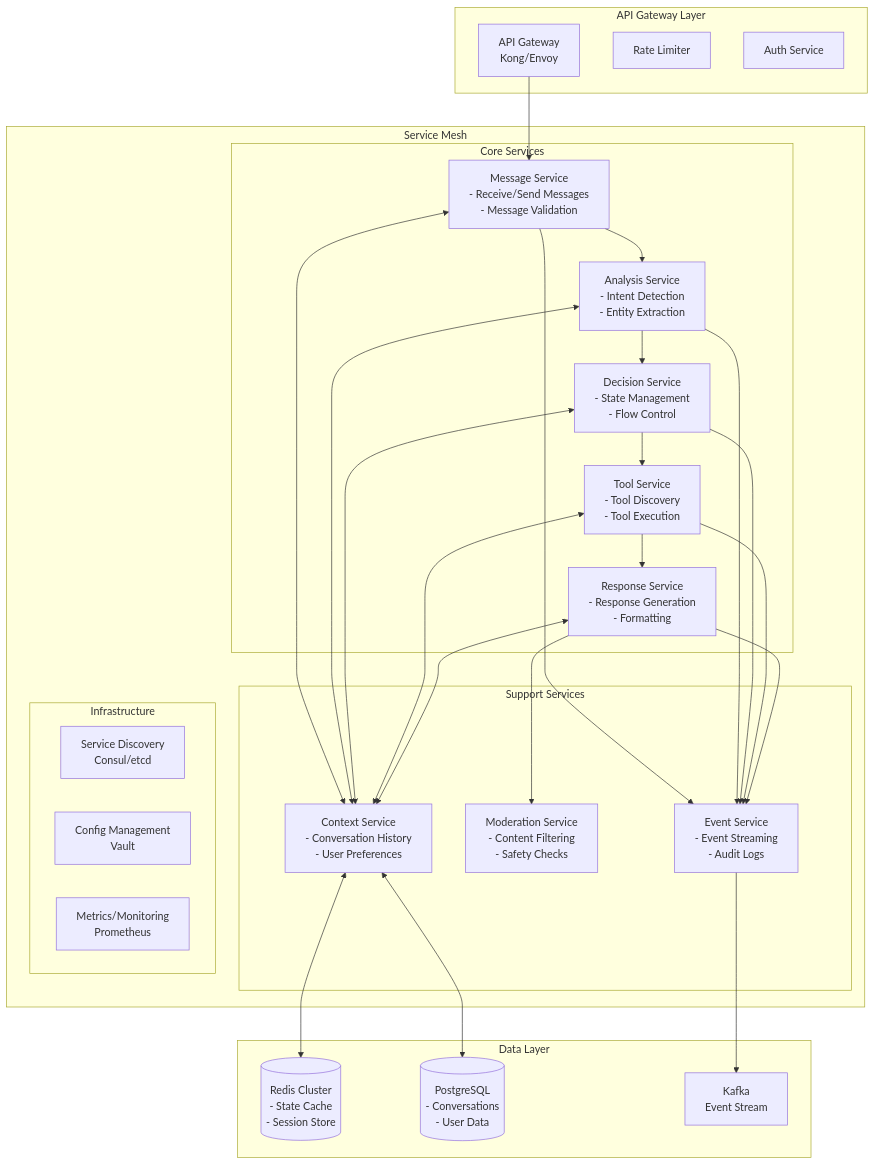
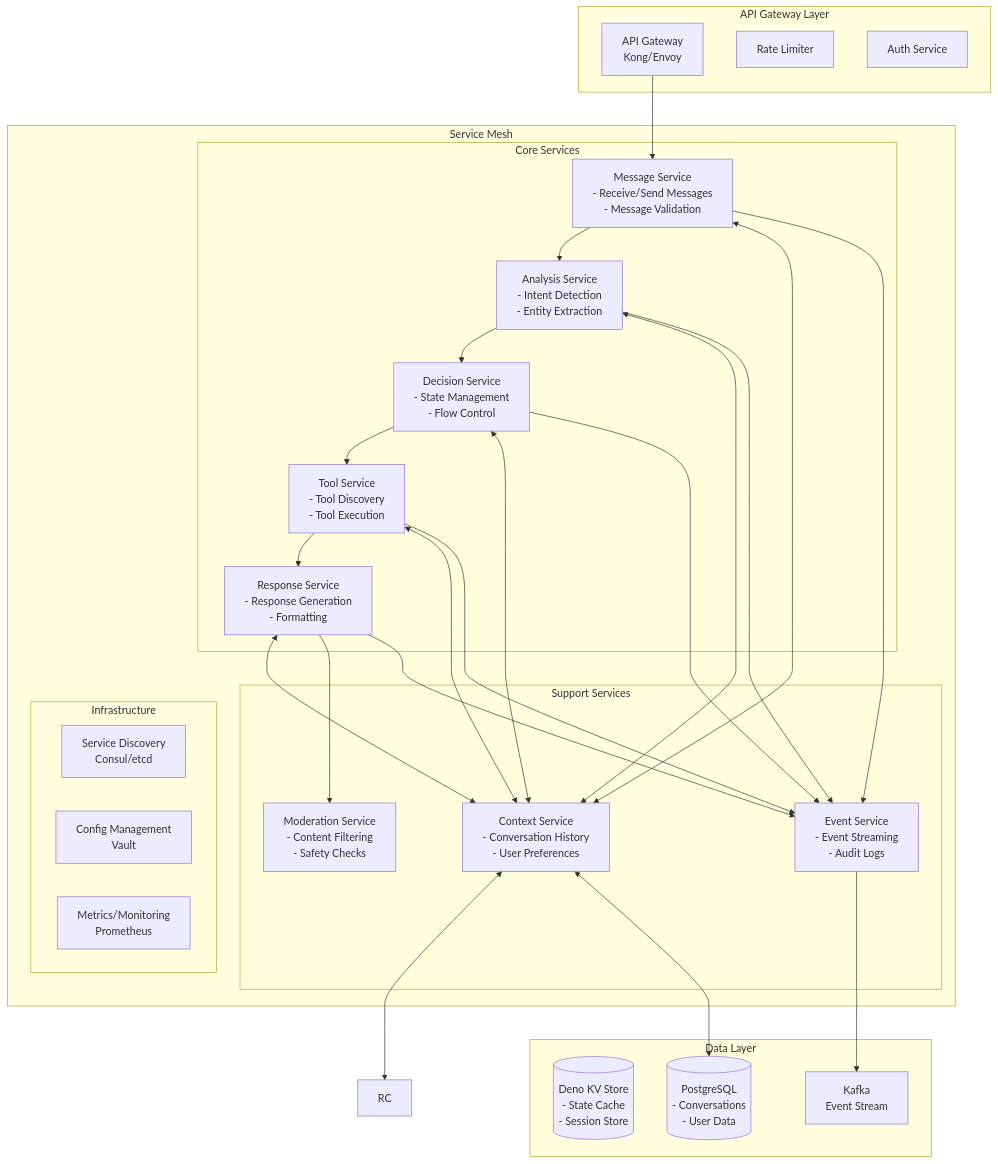
Before and after one commit to ubiquity-os/telegram-interface: the first of 3 diagrams in docs/optimization-plan-architecture-reliability.md, drawn with Mermaid. The commit also changed other lines of this file and 6 other files, not shown here.

Commit message:
feat: replace Redis with Deno KV for state persistence and update related components, also on demand llm race

````diff
--- a/docs/optimization-plan-architecture-reliability.md
+++ b/docs/optimization-plan-architecture-reliability.md
@@ -65,44 +65,44 @@
 ```mermaid
 graph TB
     subgraph "API Gateway Layer"
         AG[API Gateway<br/>Kong/Envoy]
         RL[Rate Limiter]
         AUTH[Auth Service]
     end
 
     subgraph "Service Mesh"
         subgraph "Core Services"
             MS[Message Service<br/>- Receive/Send Messages<br/>- Message Validation]
             AS[Analysis Service<br/>- Intent Detection<br/>- Entity Extraction]
             DS[Decision Service<br/>- State Management<br/>- Flow Control]
             TS[Tool Service<br/>- Tool Discovery<br/>- Tool Execution]
             RS[Response Service<br/>- Response Generation<br/>- Formatting]
         end
 
         subgraph "Support Services"
             CS[Context Service<br/>- Conversation History<br/>- User Preferences]
             MS2[Moderation Service<br/>- Content Filtering<br/>- Safety Checks]
             ES[Event Service<br/>- Event Streaming<br/>- Audit Logs]
         end
 
         subgraph "Infrastructure"
             SD[Service Discovery<br/>Consul/etcd]
             CM[Config Management<br/>Vault]
             MM[Metrics/Monitoring<br/>Prometheus]
         end
     end
 
     subgraph "Data Layer"
-        RC[(Redis Cluster<br/>- State Cache<br/>- Session Store)]
+        DC[(Deno KV Store<br/>- State Cache<br/>- Session Store)]
         PG[(PostgreSQL<br/>- Conversations<br/>- User Data)]
         KF[Kafka<br/>Event Stream]
     end
 
     AG --> MS
     MS --> AS --> DS --> TS --> RS
     MS & AS & DS & TS & RS <--> CS
     RS --> MS2
     MS & AS & DS & TS & RS --> ES
     ES --> KF
     CS <--> RC & PG
 ```
````
